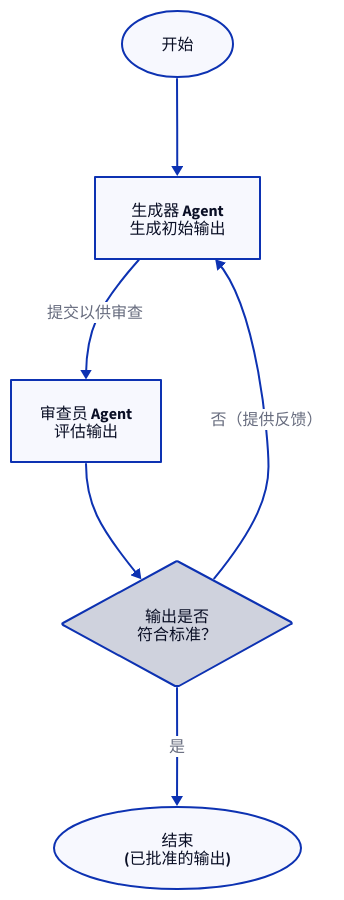
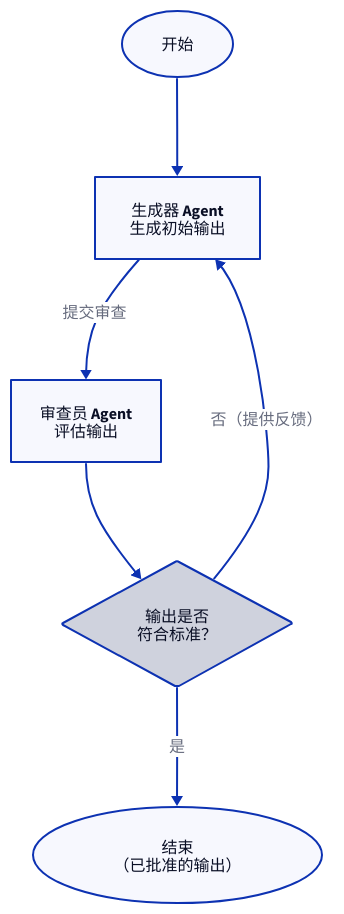
One commit to AIGNE-io/aigne-framework changed the diagram in .aigne/doc-smith/docs/user-guide-common-workflows-parallel-tasks.zh.md. Above: the diagram before and after it, drawn with D2. The commit also changed other lines of this file and 141 other files, not shown here.

````diff
--- a/.aigne/doc-smith/docs/user-guide-common-workflows-parallel-tasks.zh.md
+++ b/.aigne/doc-smith/docs/user-guide-common-workflows-parallel-tasks.zh.md
@@ -27,34 +27,34 @@
 ```d2
 direction: down
 
 start: { 
   label: "开始"
   shape: oval 
 }
 
 generator: {
   label: "生成器 Agent\n生成初始输出"
   shape: rectangle
 }
 
 reviewer: {
   label: "审查员 Agent\n评估输出"
   shape: rectangle
 }
 
 decision: {
   label: "输出是否\n符合标准？"
   shape: diamond
 }
 
 end: {
-  label: "结束\n(已批准的输出)"
+  label: "结束\n（已批准的输出）"
   shape: oval
 }
 
 start -> generator
-generator -> reviewer: "提交以供审查"
+generator -> reviewer: "提交审查"
 reviewer -> decision
 decision -> end: "是"
 decision -> generator: "否（提供反馈）"
 ```
````
